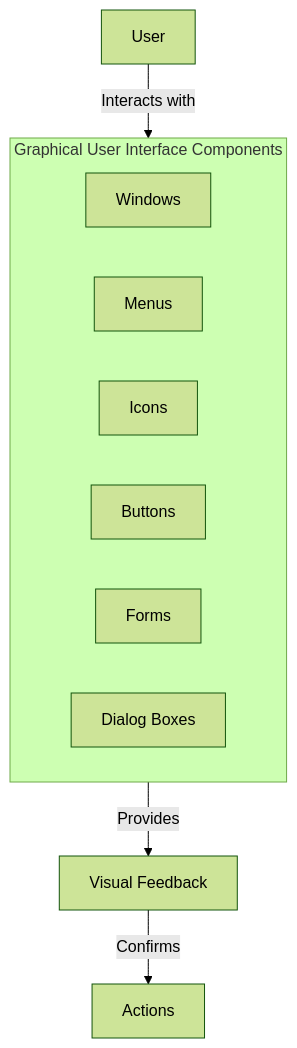
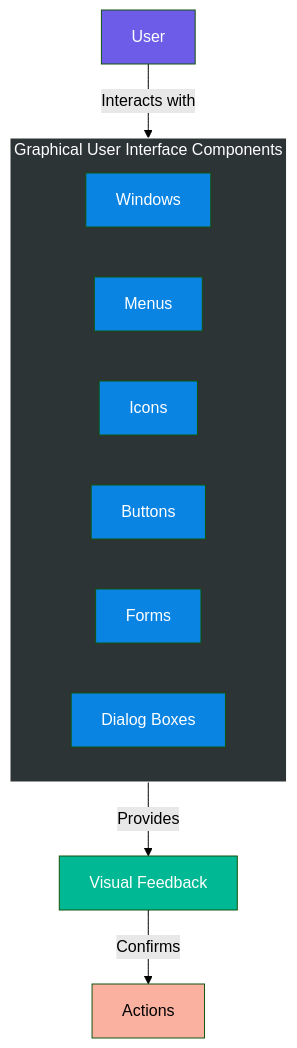
One commit to Dark3993Fury/SoftwareEngineering changed the first of 6 diagrams in Software Architecture/User Interface Design/README.md. Above: the diagram before and after it, drawn with Mermaid (forest theme). The commit also changed other lines of this file and 1 other file, not shown here.

````diff
--- a/Software Architecture/User Interface Design/README.md
+++ b/Software Architecture/User Interface Design/README.md
@@ -58,15 +58,26 @@
 ```mermaid
 graph TB
     subgraph GUI["Graphical User Interface Components"]
         W[Windows]
         M[Menus]
         I[Icons]
         B[Buttons]
         F[Forms]
         D[Dialog Boxes]
     end
     
     U[User] --> |Interacts with| GUI
     GUI --> |Provides| FB[Visual Feedback]
     FB --> |Confirms| A[Actions]
+    
+    style GUI fill:#2d3436,color:#fff,stroke:#fff
+    style W fill:#0984e3,color:#fff
+    style M fill:#0984e3,color:#fff
+    style I fill:#0984e3,color:#fff
+    style B fill:#0984e3,color:#fff
+    style F fill:#0984e3,color:#fff
+    style D fill:#0984e3,color:#fff
+    style U fill:#6c5ce7,color:#fff
+    style FB fill:#00b894,color:#fff
+    style A fill:#fab1a0,color:#000
 ```
````
